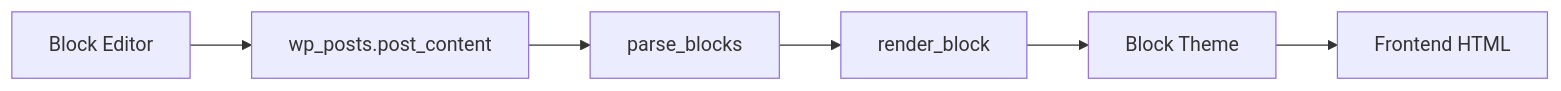
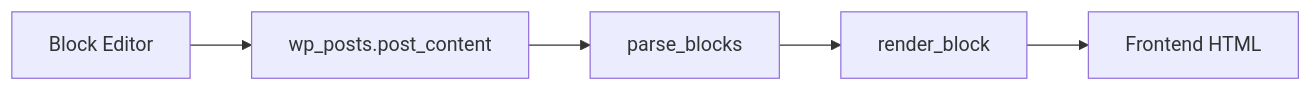
One commit to devmuhib009/block-editor changed the first of 4 diagrams in README.md. Above: the diagram before and after it, drawn with Mermaid.

````diff
--- a/README.md
+++ b/README.md
@@ -49,15 +49,13 @@
 ```mermaid
 flowchart LR
     editor["Block Editor"]
     database["wp_posts.post_content"]
     parser["parse_blocks"]
     renderer["render_block"]
-    theme["Block Theme"]
     frontend["Frontend HTML"]
 
     editor --> database
     database --> parser
     parser --> renderer
-    renderer --> theme
-    theme --> frontend
+    renderer --> frontend
 ```
````
